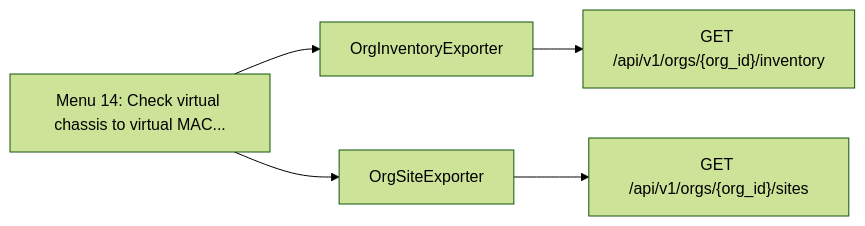
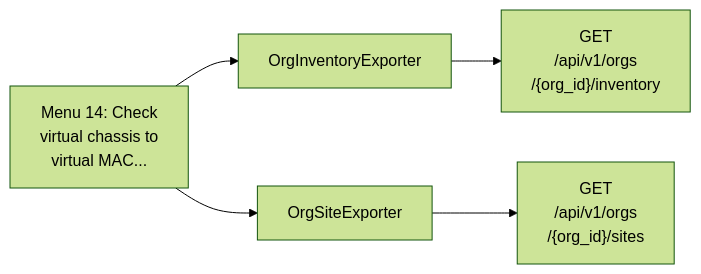
The second of 11 diagrams in documentation/menu-api/resource-intensive.md (jmorrison-juniper/MistHelper), drawn with Mermaid (forest theme) before and after one commit. The commit also changed other lines of this file and 19 other files, not shown here.

First line of the commit message:
docs(menu-api): fit the Mermaid diagrams to the wiki column

````diff
--- a/documentation/menu-api/resource-intensive.md
+++ b/documentation/menu-api/resource-intensive.md
@@ -84,8 +42,8 @@
 ```mermaid
 flowchart LR
-    menu["Menu 14: Check virtual chassis to virtual MAC..."]
+    menu["Menu 14: Check<br/>virtual chassis to<br/>virtual MAC..."]
     menu --> c1["OrgInventoryExporter"]
-    c1 --> e1["GET /api/v1/orgs/{org_id}/inventory"]
+    c1 --> e1["GET<br/>/api/v1/orgs<br/>/{org_id}/inventory"]
     menu --> c2["OrgSiteExporter"]
-    c2 --> e2["GET /api/v1/orgs/{org_id}/sites"]
+    c2 --> e2["GET<br/>/api/v1/orgs<br/>/{org_id}/sites"]
 ```
````
